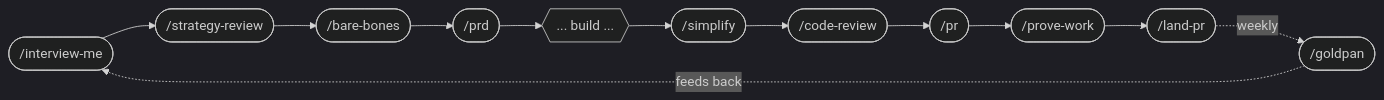
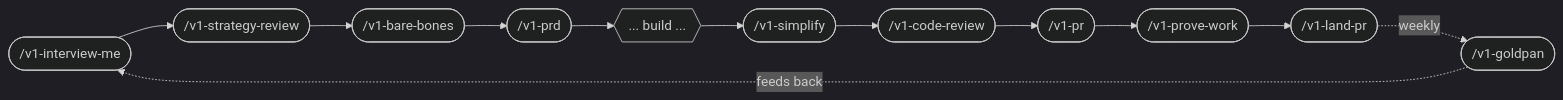
Before and after one commit to v1-io/v1tamins: the second of 6 diagrams in README.md, drawn with Mermaid (dark theme). The commit also changed other lines of this file and 105 other files, not shown here.

````diff
--- a/README.md
+++ b/README.md
@@ -168,24 +168,24 @@
 ```mermaid
 flowchart LR
-  A([/interview-me]) --> B([/strategy-review])
-  B --> C([/bare-bones])
-  C --> D([/prd])
+  A([/v1-interview-me]) --> B([/v1-strategy-review])
+  B --> C([/v1-bare-bones])
+  C --> D([/v1-prd])
   D --> E{{... build ...}}
-  E --> F([/simplify])
-  F --> G([/code-review])
-  G --> H([/pr])
-  H --> I([/prove-work])
-  I --> J([/land-pr])
-  J -.weekly.-> K([/goldpan])
+  E --> F([/v1-simplify])
+  F --> G([/v1-code-review])
+  G --> H([/v1-pr])
+  H --> I([/v1-prove-work])
+  I --> J([/v1-land-pr])
+  J -.weekly.-> K([/v1-goldpan])
   K -.feeds back.-> A
-  click A href "./.agents/skills/interview-me/SKILL.md"
-  click B href "./.agents/skills/strategy-review/SKILL.md"
-  click C href "./.agents/skills/bare-bones/SKILL.md"
-  click D href "./.agents/skills/prd/SKILL.md"
-  click F href "./.agents/skills/simplify/SKILL.md"
-  click G href "./.agents/skills/code-review/SKILL.md"
-  click H href "./.agents/skills/pr/SKILL.md"
-  click I href "./.agents/skills/prove-work/SKILL.md"
-  click J href "./.agents/skills/land-pr/SKILL.md"
-  click K href "./.agents/skills/goldpan/SKILL.md"
+  click A href "./plugins/v1tamins/skills/v1-interview-me/SKILL.md"
+  click B href "./plugins/v1tamins/skills/v1-strategy-review/SKILL.md"
+  click C href "./plugins/v1tamins/skills/v1-bare-bones/SKILL.md"
+  click D href "./plugins/v1tamins/skills/v1-prd/SKILL.md"
+  click F href "./plugins/v1tamins/skills/v1-simplify/SKILL.md"
+  click G href "./plugins/v1tamins/skills/v1-code-review/SKILL.md"
+  click H href "./plugins/v1tamins/skills/v1-pr/SKILL.md"
+  click I href "./plugins/v1tamins/skills/v1-prove-work/SKILL.md"
+  click J href "./plugins/v1tamins/skills/v1-land-pr/SKILL.md"
+  click K href "./plugins/v1tamins/skills/v1-goldpan/SKILL.md"
 ```
````
